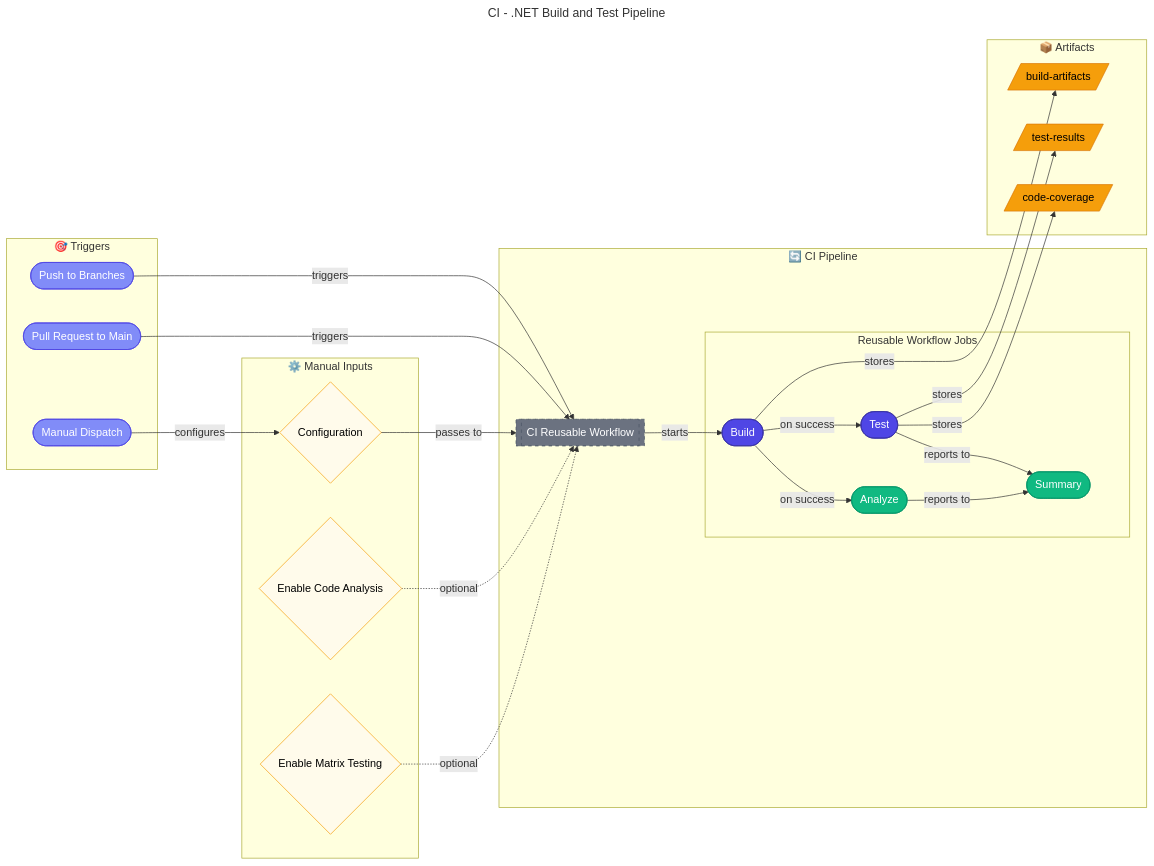
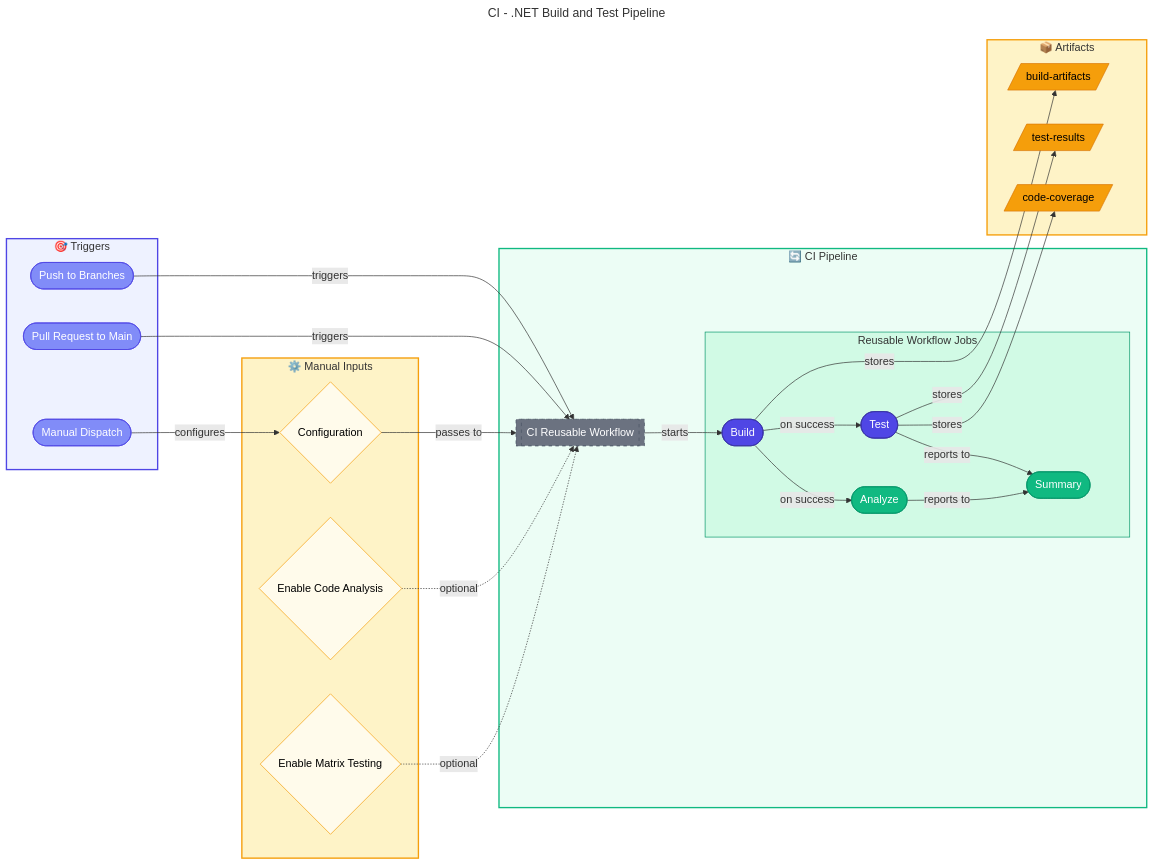
One commit to Evilazaro/Azure-LogicApps-Monitoring changed the diagram in docs/devops/ci-dotnet.md. Above: the diagram before and after it, drawn with Mermaid. The commit also changed 3 other files, not shown here.

Commit message:
docs: Enhance diagram styling for improved clarity and consistency across multiple documentation files

```diff
--- a/docs/devops/ci-dotnet.md
+++ b/docs/devops/ci-dotnet.md
@@ -109,6 +109,13 @@
     %% Decision points: Amber outline - conditional logic
     classDef decision fill:#FFFBEB,stroke:#F59E0B,color:#000000
 
+    %% Subgraph background styling - lighter shades
+    style TriggersGroup fill:#EEF2FF,stroke:#4F46E5,stroke-width:2px
+    style InputsGroup fill:#FEF3C7,stroke:#F59E0B,stroke-width:2px
+    style CIPipeline fill:#ECFDF5,stroke:#10B981,stroke-width:2px
+    style JobsGroup fill:#D1FAE5,stroke:#059669,stroke-width:1px
+    style ArtifactsGroup fill:#FEF3C7,stroke:#F59E0B,stroke-width:2px
+
     %% Apply styles to nodes
     class push,pr,manual trigger
     class config,analysis,matrix decision
```
